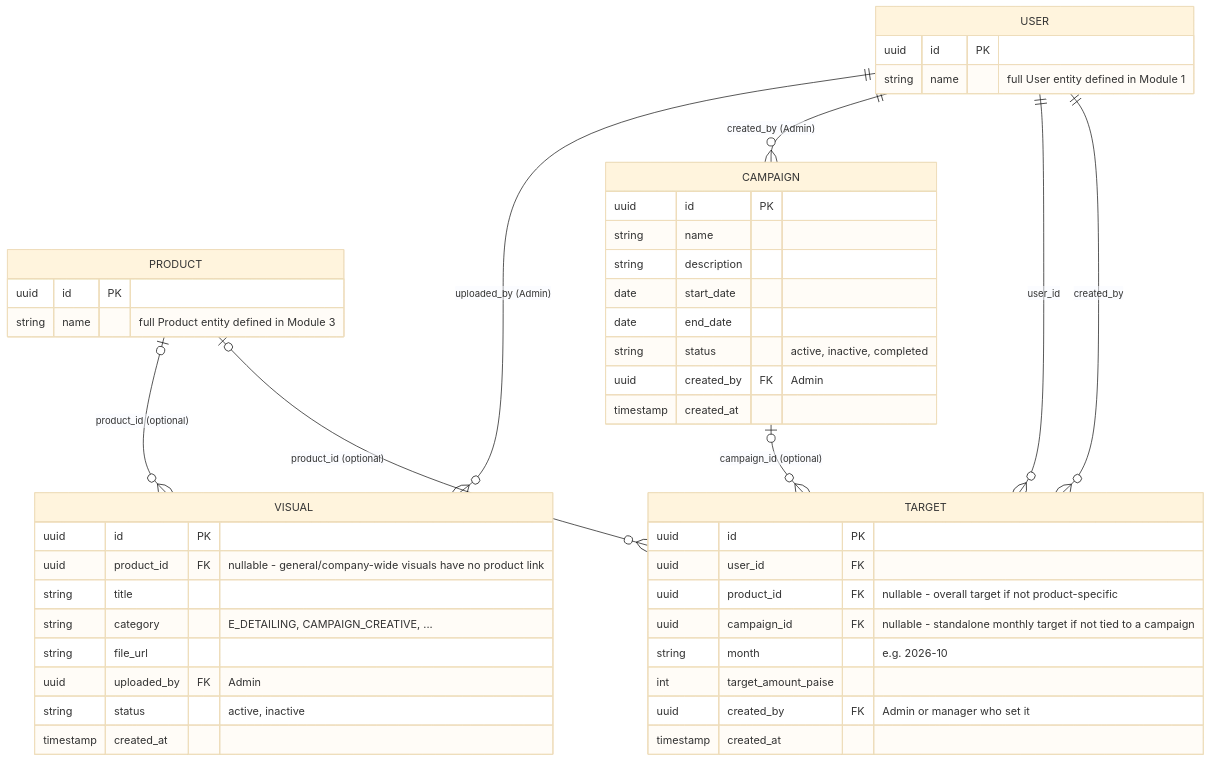
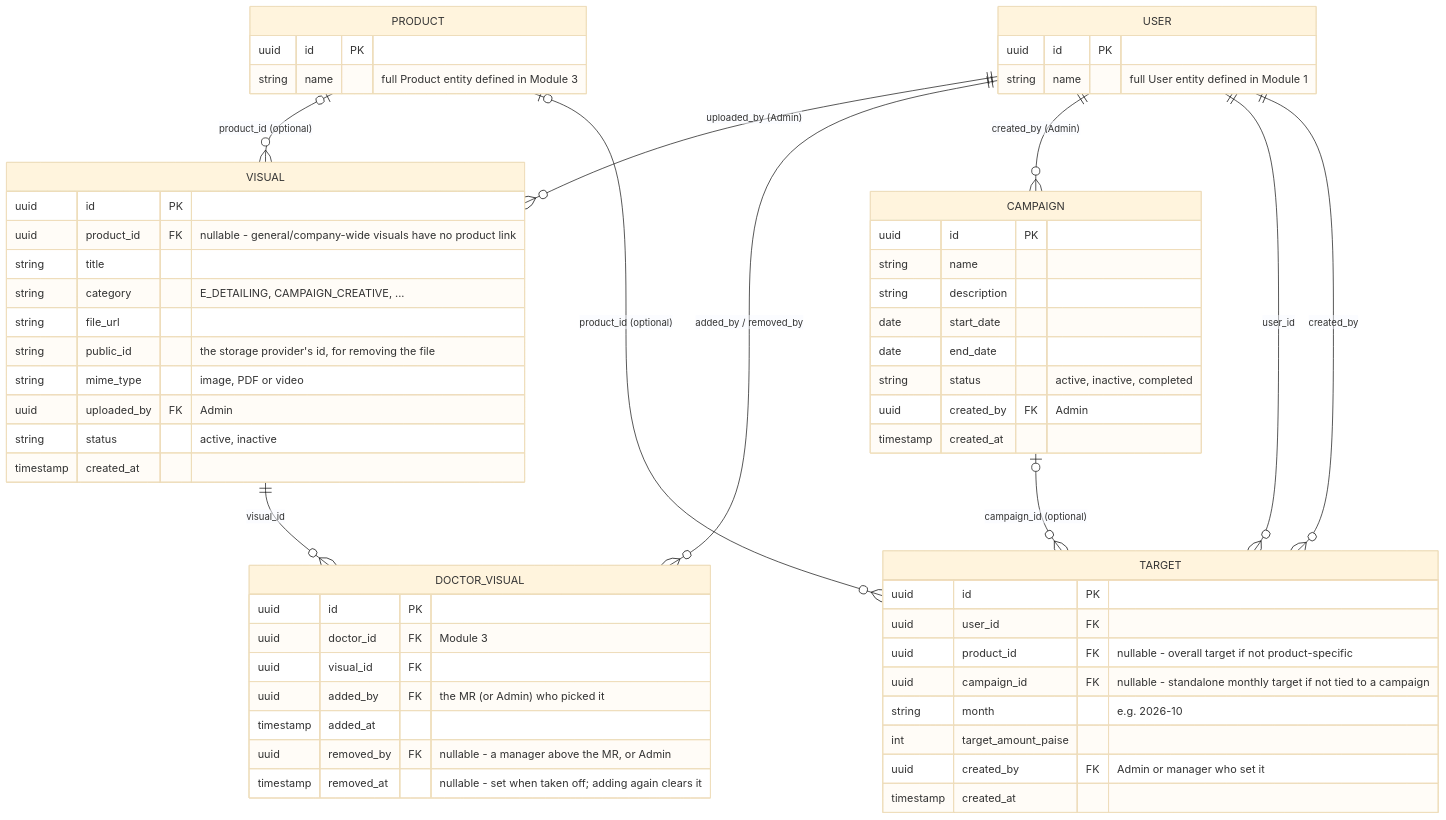
The diagram in docs/erd/08-marketing.md (reboot-ai-private-limited/greynote), drawn with Mermaid (base theme) before and after one commit. The commit also changed other lines of this file and 37 other files, not shown here.

Commit message:
feat(marketing): doctor-wise visuals — MR adds, manager/Admin removes; web library page and doctor tab; phone picker

````diff
--- a/docs/erd/08-marketing.md
+++ b/docs/erd/08-marketing.md
@@ -7,50 +7,63 @@
 ```mermaid
 erDiagram
     USER {
         uuid id PK
         string name "full User entity defined in Module 1"
     }
     PRODUCT {
         uuid id PK
         string name "full Product entity defined in Module 3"
     }
 
     VISUAL {
         uuid id PK
         uuid product_id FK "nullable - general/company-wide visuals have no product link"
         string title
         string category "E_DETAILING, CAMPAIGN_CREATIVE, ..."
         string file_url
+        string public_id "the storage provider's id, for removing the file"
+        string mime_type "image, PDF or video"
         uuid uploaded_by FK "Admin"
         string status "active, inactive"
         timestamp created_at
+    }
+    DOCTOR_VISUAL {
+        uuid id PK
+        uuid doctor_id FK "Module 3"
+        uuid visual_id FK
+        uuid added_by FK "the MR (or Admin) who picked it"
+        timestamp added_at
+        uuid removed_by FK "nullable - a manager above the MR, or Admin"
+        timestamp removed_at "nullable - set when taken off; adding again clears it"
     }
     CAMPAIGN {
         uuid id PK
         string name
         string description
         date start_date
         date end_date
         string status "active, inactive, completed"
         uuid created_by FK "Admin"
         timestamp created_at
     }
     TARGET {
         uuid id PK
         uuid user_id FK
         uuid product_id FK "nullable - overall target if not product-specific"
         uuid campaign_id FK "nullable - standalone monthly target if not tied to a campaign"
         string month "e.g. 2026-10"
         int target_amount_paise
         uuid created_by FK "Admin or manager who set it"
         timestamp created_at
     }
 
     PRODUCT |o--o{ VISUAL : "product_id (optional)"
     USER ||--o{ VISUAL : "uploaded_by (Admin)"
+    VISUAL ||--o{ DOCTOR_VISUAL : "visual_id"
+    USER ||--o{ DOCTOR_VISUAL : "added_by / removed_by"
     USER ||--o{ CAMPAIGN : "created_by (Admin)"
     USER ||--o{ TARGET : "user_id"
     PRODUCT |o--o{ TARGET : "product_id (optional)"
     CAMPAIGN |o--o{ TARGET : "campaign_id (optional)"
     USER ||--o{ TARGET : "created_by"
 ```
````
